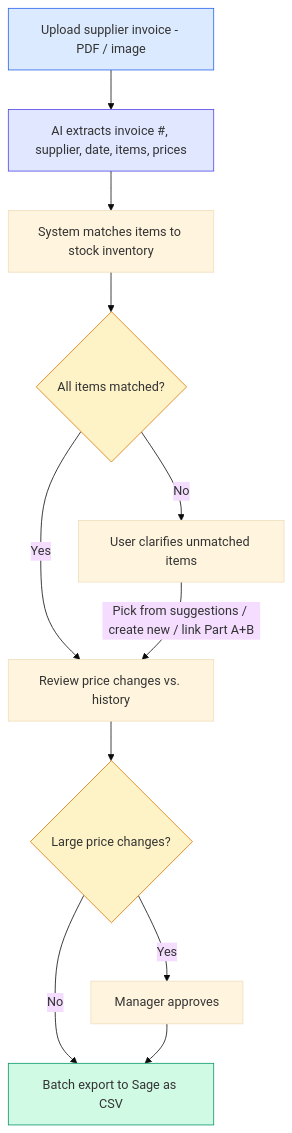
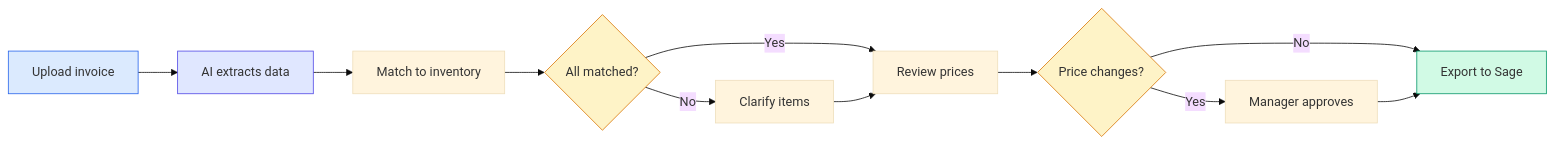
Before and after one commit to AnnixInvestments/annix: the third of 12 diagrams in annix-backend/docs/stock-control/SYSTEM-OVERVIEW.md, drawn with Mermaid (base theme). The commit also changed other lines of this file, not shown here.

First line of the commit message:
style(stock-control): switch workflow diagrams to horizontal layout

````diff
--- a/annix-backend/docs/stock-control/SYSTEM-OVERVIEW.md
+++ b/annix-backend/docs/stock-control/SYSTEM-OVERVIEW.md
@@ -75,19 +75,19 @@
 ```mermaid
-flowchart TD
-    A[Upload supplier invoice - PDF / image] --> B[AI extracts invoice #, supplier, date, items, prices]
-    B --> C[System matches items to stock inventory]
-    C --> D{All items matched?}
-    D -->|Yes| F[Review price changes vs. history]
-    D -->|No| E[User clarifies unmatched items]
-    E -->|Pick from suggestions / create new / link Part A+B| F
-    F --> G{Large price changes?}
+flowchart LR
+    A[Upload invoice] --> B[AI extracts data]
+    B --> C[Match to inventory]
+    C --> D{All matched?}
+    D -->|Yes| F[Review prices]
+    D -->|No| E[Clarify items]
+    E --> F
+    F --> G{Price changes?}
     G -->|Yes| H[Manager approves]
-    G -->|No| I[Batch export to Sage as CSV]
+    G -->|No| I[Export to Sage]
     H --> I
 
     style A fill:#dbeafe,stroke:#2563eb
     style B fill:#e0e7ff,stroke:#4f46e5
     style D fill:#fef3c7,stroke:#d97706
     style G fill:#fef3c7,stroke:#d97706
     style I fill:#d1fae5,stroke:#059669
 ```
````
